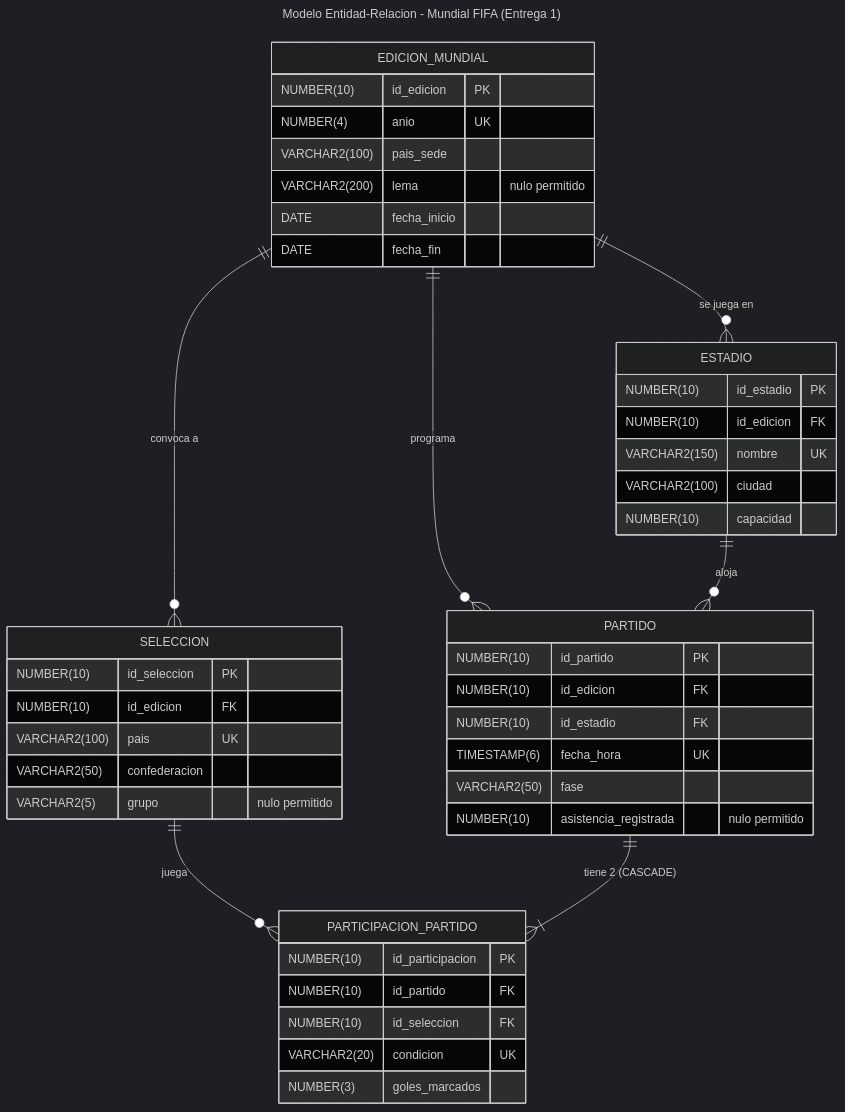
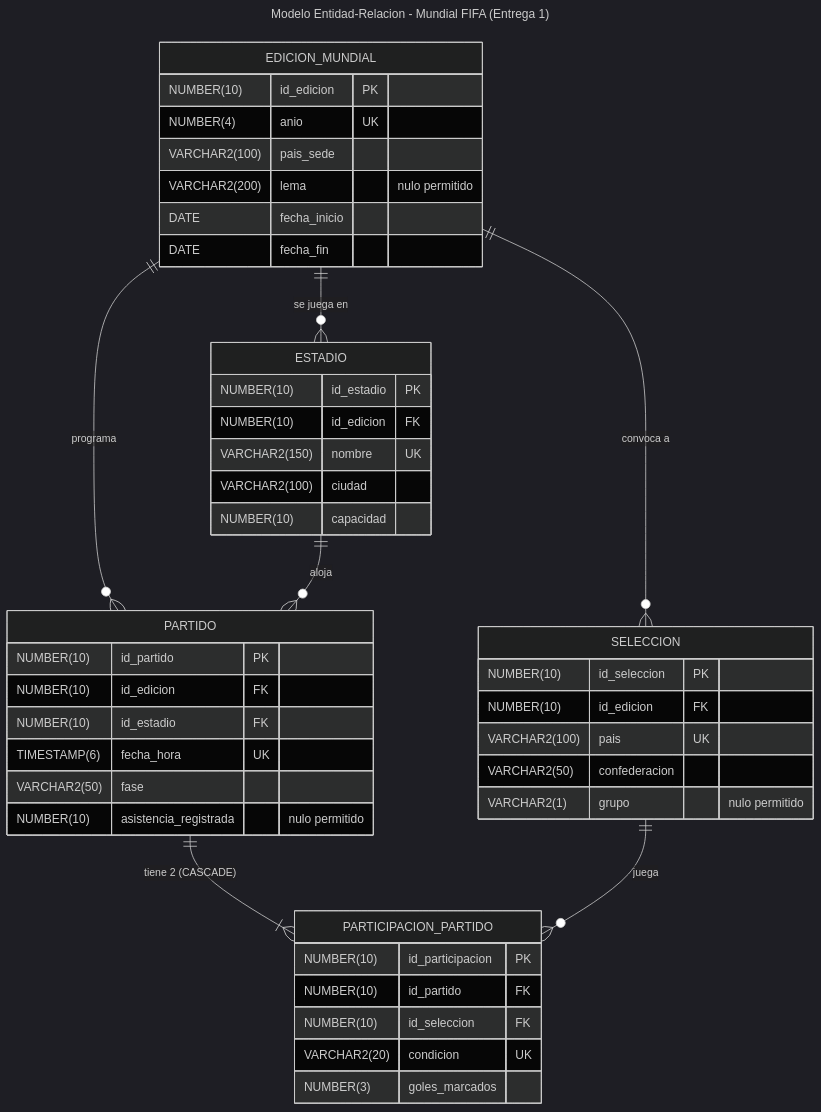
The diagram in docs/entrega1/modelo_er_inicial.mmd (puj-course/BD_2630_1010_G3), drawn with Mermaid (dark theme) before and after one commit. The commit also changed 1 other file, not shown here.

Commit message:
Actualizar el diagrama tras el cambio de tipo en la columna grupo

```diff
--- a/docs/entrega1/modelo_er_inicial.mmd
+++ b/docs/entrega1/modelo_er_inicial.mmd
@@ -1,52 +1,52 @@
 ---
 title: Modelo Entidad-Relacion - Mundial FIFA (Entrega 1)
 ---
 erDiagram
+    PARTIDO ||--|{ PARTICIPACION_PARTIDO : "tiene 2 (CASCADE)"
     SELECCION ||--o{ PARTICIPACION_PARTIDO : "juega"
     EDICION_MUNDIAL ||--o{ ESTADIO : "se juega en"
     EDICION_MUNDIAL ||--o{ PARTIDO : "programa"
     EDICION_MUNDIAL ||--o{ SELECCION : "convoca a"
     ESTADIO ||--o{ PARTIDO : "aloja"
-    PARTIDO ||--|{ PARTICIPACION_PARTIDO : "tiene 2 (CASCADE)"
 
     EDICION_MUNDIAL {
         NUMBER(10)     id_edicion             PK  ""
         NUMBER(4)      anio                   UK  ""
         VARCHAR2(100)  pais_sede                  ""
         VARCHAR2(200)  lema                       "nulo permitido"
         DATE           fecha_inicio               ""
         DATE           fecha_fin                  ""
     }
 
     ESTADIO {
         NUMBER(10)     id_estadio             PK  ""
         NUMBER(10)     id_edicion             FK  ""
         VARCHAR2(150)  nombre                 UK  ""
         VARCHAR2(100)  ciudad                     ""
         NUMBER(10)     capacidad                  ""
     }
 
     SELECCION {
         NUMBER(10)     id_seleccion           PK  ""
         NUMBER(10)     id_edicion             FK  ""
         VARCHAR2(100)  pais                   UK  ""
         VARCHAR2(50)   confederacion              ""
-        VARCHAR2(5)    grupo                      "nulo permitido"
+        VARCHAR2(1)    grupo                      "nulo permitido"
     }
 
     PARTIDO {
         NUMBER(10)     id_partido             PK  ""
         NUMBER(10)     id_edicion             FK  ""
         NUMBER(10)     id_estadio             FK  ""
         TIMESTAMP(6)   fecha_hora             UK  ""
         VARCHAR2(50)   fase                       ""
         NUMBER(10)     asistencia_registrada      "nulo permitido"
     }
 
     PARTICIPACION_PARTIDO {
         NUMBER(10)     id_participacion       PK  ""
         NUMBER(10)     id_partido             FK  ""
         NUMBER(10)     id_seleccion           FK  ""
         VARCHAR2(20)   condicion              UK  ""
         NUMBER(3)      goles_marcados             ""
     }
```
